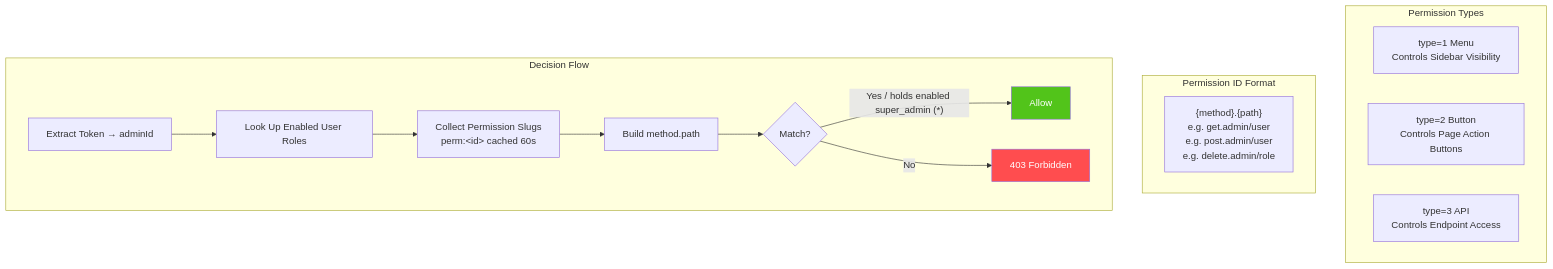
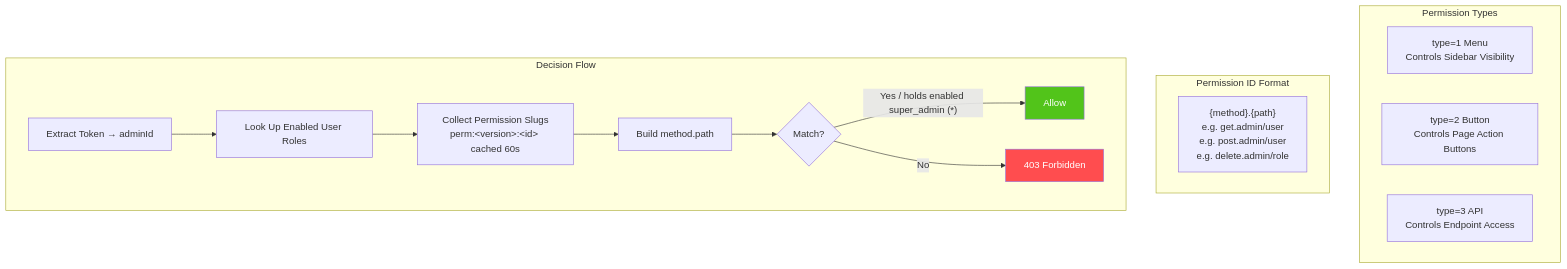
One commit to erikwang2013/open-admin changed the sixth of 15 diagrams in docs/ARCHITECTURE.en.md. Above: the diagram before and after it, drawn with Mermaid. The commit also changed other lines of this file and 55 other files, not shown here.

````diff
--- a/docs/ARCHITECTURE.en.md
+++ b/docs/ARCHITECTURE.en.md
@@ -324,32 +333,32 @@
 ```mermaid
 flowchart TD
     subgraph "Permission Types"
         T1["type=1 Menu<br/>Controls Sidebar Visibility"]
         T2["type=2 Button<br/>Controls Page Action Buttons"]
         T3["type=3 API<br/>Controls Endpoint Access"]
     end
 
     subgraph "Permission ID Format"
         F1["{method}.{path}<br/>e.g. get.admin/user<br/>e.g. post.admin/user<br/>e.g. delete.admin/role"]
     end
 
     subgraph "Decision Flow"
         J1["Extract Token → adminId"]
         J2["Look Up Enabled User Roles"]
-        J3["Collect Permission Slugs<br/>perm:&lt;id&gt; cached 60s"]
+        J3["Collect Permission Slugs<br/>perm:&lt;version&gt;:&lt;id&gt; cached 60s"]
         J4["Build method.path"]
         J5{"Match?"}
         J6["Allow"]
         J7["403 Forbidden"]
 
         J1 --> J2
         J2 --> J3
         J3 --> J4
         J4 --> J5
         J5 -->|"Yes / holds enabled super_admin (*)"| J6
         J5 -->|"No"| J7
     end
 
     style J6 fill:#52C41A,color:#fff
     style J7 fill:#FF4D4F,color:#fff
 ```
````
